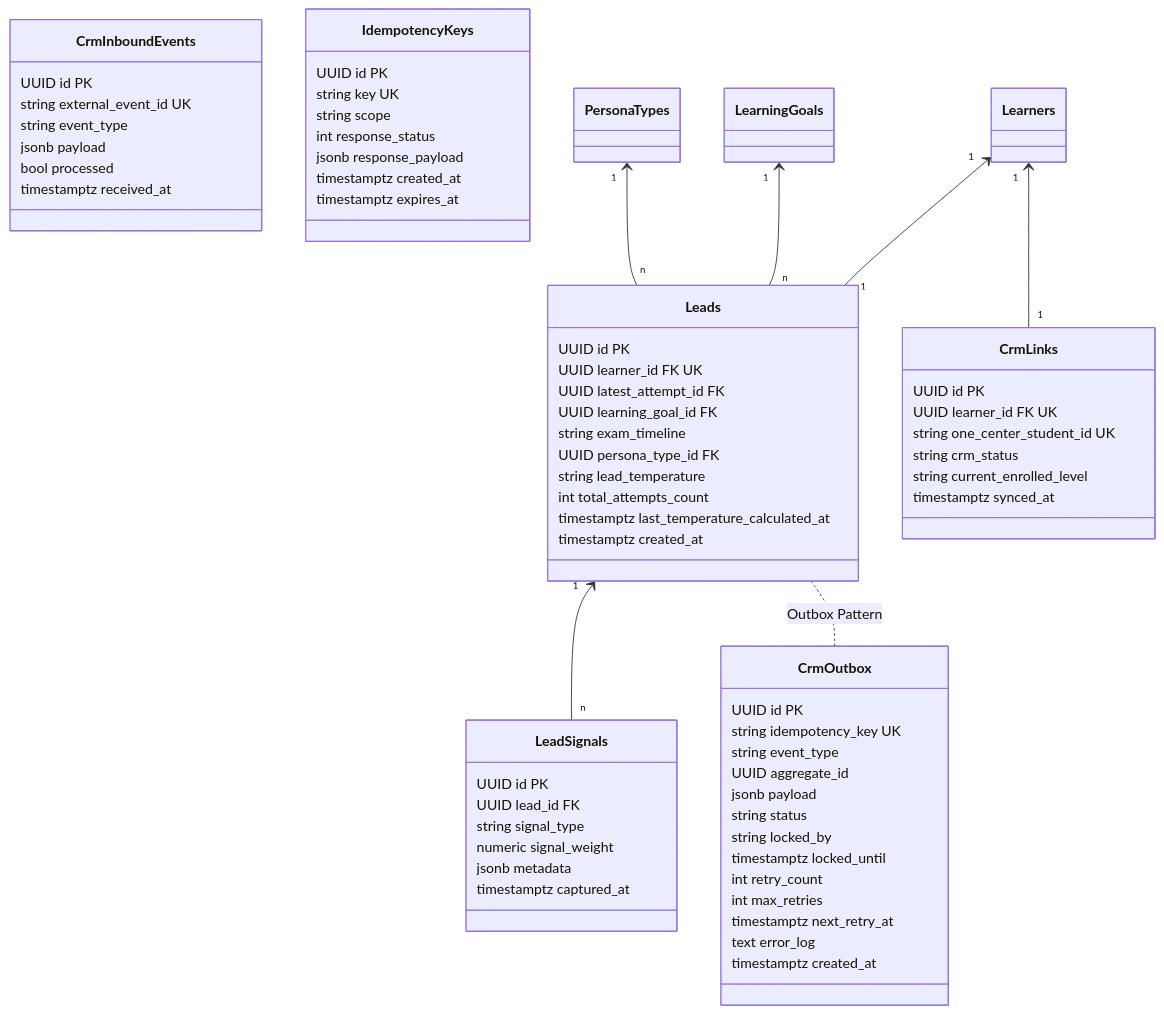
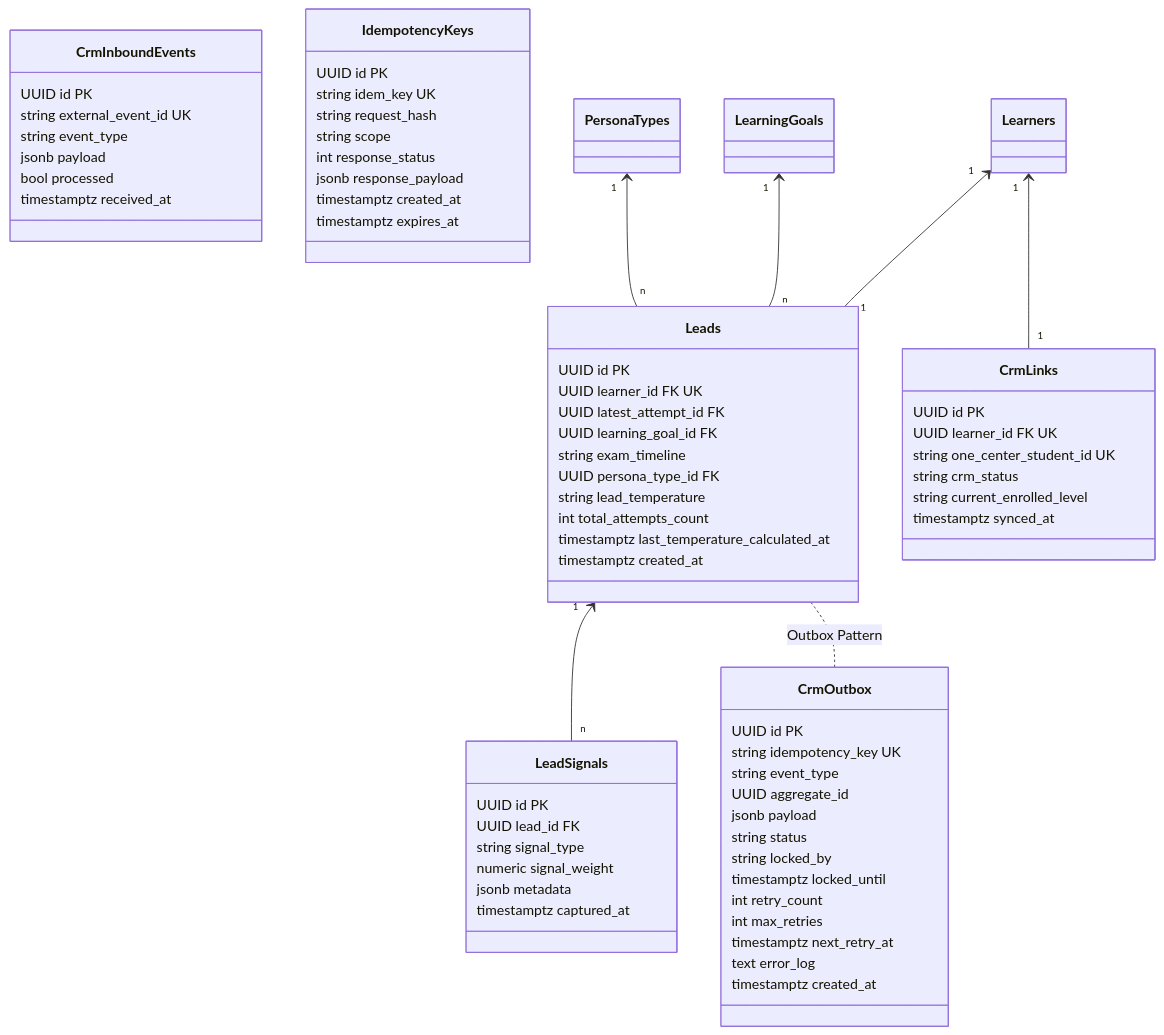
One commit to hoangthanhpro97/shd-tuhoctiengduc changed the fourth of 6 diagrams in docs/architecture/02-data-model.md. Above: the diagram before and after it, drawn with Mermaid. The commit also changed other lines of this file, not shown here.

Commit message:
docs(architecture): upgrade data model to v1.3 with zero-direct-write and security definer gateways

````diff
--- a/docs/architecture/02-data-model.md
+++ b/docs/architecture/02-data-model.md
@@ -349,71 +351,72 @@
 ```mermaid
 classDiagram
     direction TB
     class Leads {
         UUID id PK
         UUID learner_id FK UK
         UUID latest_attempt_id FK
         UUID learning_goal_id FK
         string exam_timeline
         UUID persona_type_id FK
         string lead_temperature
         int total_attempts_count
         timestamptz last_temperature_calculated_at
         timestamptz created_at
     }
     class LeadSignals {
         UUID id PK
         UUID lead_id FK
         string signal_type
         numeric signal_weight
         jsonb metadata
         timestamptz captured_at
     }
     class CrmOutbox {
         UUID id PK
         string idempotency_key UK
         string event_type
         UUID aggregate_id
         jsonb payload
         string status
         string locked_by
         timestamptz locked_until
         int retry_count
         int max_retries
         timestamptz next_retry_at
         text error_log
         timestamptz created_at
     }
     class CrmLinks {
         UUID id PK
         UUID learner_id FK UK
         string one_center_student_id UK
         string crm_status
         string current_enrolled_level
         timestamptz synced_at
     }
     class CrmInboundEvents {
         UUID id PK
         string external_event_id UK
         string event_type
         jsonb payload
         bool processed
         timestamptz received_at
     }
     class IdempotencyKeys {
         UUID id PK
-        string key UK
+        string idem_key UK
+        string request_hash
         string scope
         int response_status
         jsonb response_payload
         timestamptz created_at
         timestamptz expires_at
     }
 
     Learners "1" <-- "1" Leads
     Leads "1" <-- "n" LeadSignals
     LearningGoals "1" <-- "n" Leads
     PersonaTypes "1" <-- "n" Leads
     Learners "1" <-- "1" CrmLinks
     Leads .. CrmOutbox : Outbox Pattern
 ```
````
